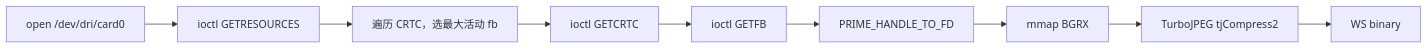
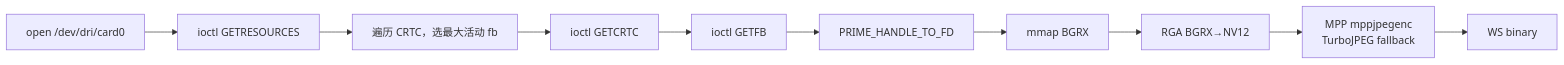
One commit to OGpig/RK3576 changed diagram 17 of 17 in RKDesk/docs/ARCHITECTURE.md. Above: the diagram before and after it, drawn with Mermaid. The commit also changed other lines of this file and 21 other files, not shown here.

````diff
--- a/RKDesk/docs/ARCHITECTURE.md
+++ b/RKDesk/docs/ARCHITECTURE.md
@@ -611,11 +616,12 @@
 ```mermaid
 flowchart LR
     A["open /dev/dri/card0"] --> B["ioctl GETRESOURCES"]
     B --> C["遍历 CRTC，选最大活动 fb"]
     C --> D["ioctl GETCRTC"]
     D --> E["ioctl GETFB"]
     E --> F["PRIME_HANDLE_TO_FD"]
     F --> G["mmap BGRX"]
-    G --> H["TurboJPEG tjCompress2"]
+    G --> R["RGA BGRX→NV12"]
+    R --> H["MPP mppjpegenc<br/>TurboJPEG fallback"]
     H --> I["WS binary"]
 ```
````
